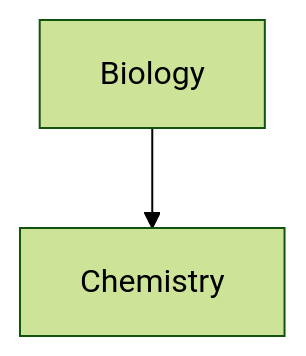
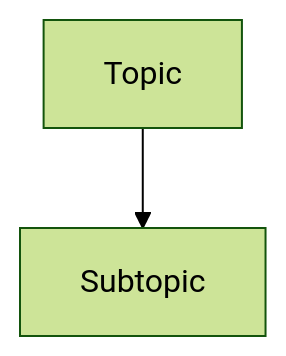
Before and after one commit to kmingwww/skills: the diagram in using-observer/references/markdown-format-for-obsidian.md, drawn with Mermaid (forest theme). The commit also changed other lines of this file, not shown here.

````diff
--- a/using-observer/references/markdown-format-for-obsidian.md
+++ b/using-observer/references/markdown-format-for-obsidian.md
@@ -479,7 +70,5 @@
 ```mermaid
 graph TD
-
-Biology --> Chemistry
-
-class Biology,Chemistry internal-link;
+    A[Topic] --> B[Subtopic]
+    class A,B internal-link;
 ```
````
